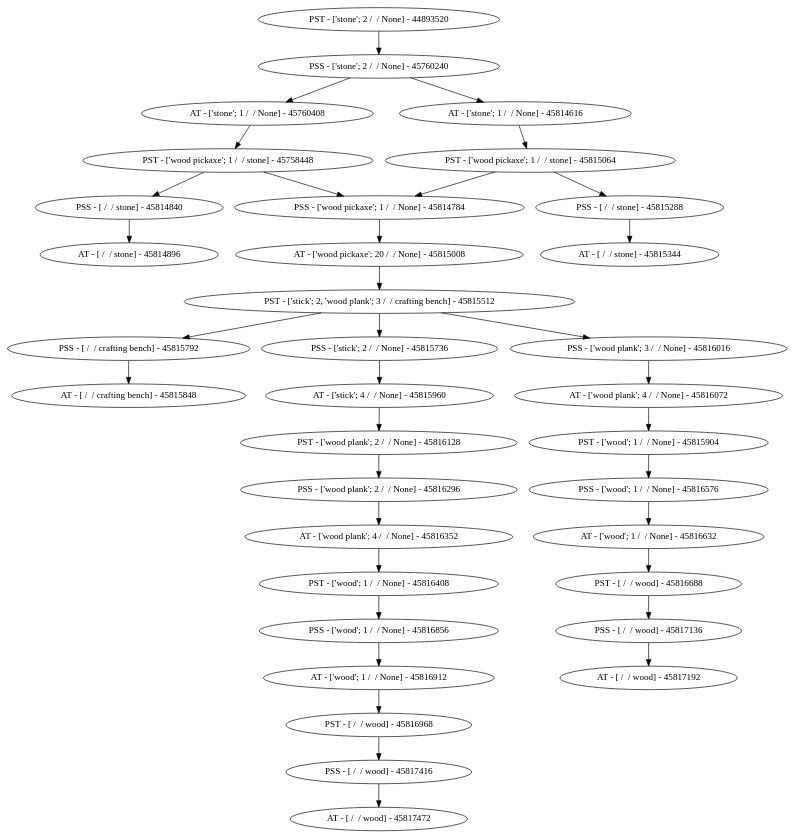
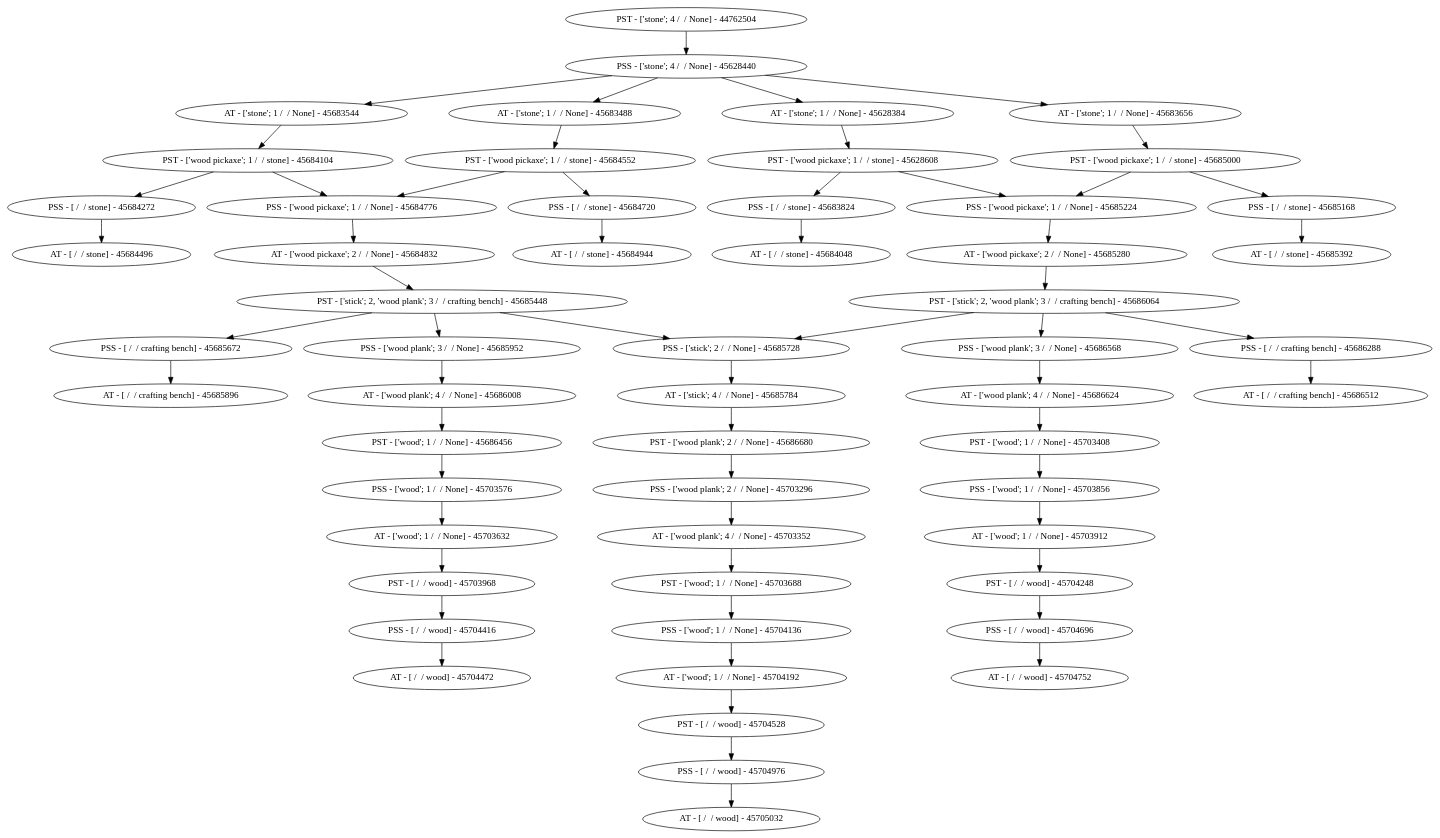
Before and after one commit to koleberd/goaldependency: the diagram in trees/test_tree.gv, drawn with Graphviz. The commit also changed 3 other files, not shown here.

```diff
--- a/trees/test_tree.gv
+++ b/trees/test_tree.gv
@@ -1,36 +1,59 @@
 digraph Tree {
-	"PST - ['stone'; 2 /  / None] - 44893520" -> "PSS - ['stone'; 2 /  / None] - 45760240"
-	"PSS - ['stone'; 2 /  / None] - 45760240" -> "AT - ['stone'; 1 /  / None] - 45760408"
-	"PSS - ['stone'; 2 /  / None] - 45760240" -> "AT - ['stone'; 1 /  / None] - 45814616"
-	"AT - ['stone'; 1 /  / None] - 45760408" -> "PST - ['wood pickaxe'; 1 /  / stone] - 45758448"
-	"AT - ['stone'; 1 /  / None] - 45814616" -> "PST - ['wood pickaxe'; 1 /  / stone] - 45815064"
-	"PST - ['wood pickaxe'; 1 /  / stone] - 45758448" -> "PSS - [ /  / stone] - 45814840"
-	"PST - ['wood pickaxe'; 1 /  / stone] - 45758448" -> "PSS - ['wood pickaxe'; 1 /  / None] - 45814784"
-	"PST - ['wood pickaxe'; 1 /  / stone] - 45815064" -> "PSS - [ /  / stone] - 45815288"
-	"PST - ['wood pickaxe'; 1 /  / stone] - 45815064" -> "PSS - ['wood pickaxe'; 1 /  / None] - 45814784"
-	"PSS - [ /  / stone] - 45814840" -> "AT - [ /  / stone] - 45814896"
-	"PSS - ['wood pickaxe'; 1 /  / None] - 45814784" -> "AT - ['wood pickaxe'; 20 /  / None] - 45815008"
-	"PSS - [ /  / stone] - 45815288" -> "AT - [ /  / stone] - 45815344"
-	"AT - ['wood pickaxe'; 20 /  / None] - 45815008" -> "PST - ['stick'; 2, 'wood plank'; 3 /  / crafting bench] - 45815512"
-	"PST - ['stick'; 2, 'wood plank'; 3 /  / crafting bench] - 45815512" -> "PSS - [ /  / crafting bench] - 45815792"
-	"PST - ['stick'; 2, 'wood plank'; 3 /  / crafting bench] - 45815512" -> "PSS - ['stick'; 2 /  / None] - 45815736"
-	"PST - ['stick'; 2, 'wood plank'; 3 /  / crafting bench] - 45815512" -> "PSS - ['wood plank'; 3 /  / None] - 45816016"
-	"PSS - [ /  / crafting bench] - 45815792" -> "AT - [ /  / crafting bench] - 45815848"
-	"PSS - ['stick'; 2 /  / None] - 45815736" -> "AT - ['stick'; 4 /  / None] - 45815960"
-	"PSS - ['wood plank'; 3 /  / None] - 45816016" -> "AT - ['wood plank'; 4 /  / None] - 45816072"
-	"AT - ['stick'; 4 /  / None] - 45815960" -> "PST - ['wood plank'; 2 /  / None] - 45816128"
-	"AT - ['wood plank'; 4 /  / None] - 45816072" -> "PST - ['wood'; 1 /  / None] - 45815904"
-	"PST - ['wood plank'; 2 /  / None] - 45816128" -> "PSS - ['wood plank'; 2 /  / None] - 45816296"
-	"PST - ['wood'; 1 /  / None] - 45815904" -> "PSS - ['wood'; 1 /  / None] - 45816576"
-	"PSS - ['wood plank'; 2 /  / None] - 45816296" -> "AT - ['wood plank'; 4 /  / None] - 45816352"
-	"PSS - ['wood'; 1 /  / None] - 45816576" -> "AT - ['wood'; 1 /  / None] - 45816632"
-	"AT - ['wood plank'; 4 /  / None] - 45816352" -> "PST - ['wood'; 1 /  / None] - 45816408"
-	"AT - ['wood'; 1 /  / None] - 45816632" -> "PST - [ /  / wood] - 45816688"
-	"PST - ['wood'; 1 /  / None] - 45816408" -> "PSS - ['wood'; 1 /  / None] - 45816856"
-	"PST - [ /  / wood] - 45816688" -> "PSS - [ /  / wood] - 45817136"
-	"PSS - ['wood'; 1 /  / None] - 45816856" -> "AT - ['wood'; 1 /  / None] - 45816912"
-	"PSS - [ /  / wood] - 45817136" -> "AT - [ /  / wood] - 45817192"
-	"AT - ['wood'; 1 /  / None] - 45816912" -> "PST - [ /  / wood] - 45816968"
-	"PST - [ /  / wood] - 45816968" -> "PSS - [ /  / wood] - 45817416"
-	"PSS - [ /  / wood] - 45817416" -> "AT - [ /  / wood] - 45817472"
+	"PST - ['stone'; 4 /  / None] - 44762504" -> "PSS - ['stone'; 4 /  / None] - 45628440"
+	"PSS - ['stone'; 4 /  / None] - 45628440" -> "AT - ['stone'; 1 /  / None] - 45628384"
+	"PSS - ['stone'; 4 /  / None] - 45628440" -> "AT - ['stone'; 1 /  / None] - 45683544"
+	"PSS - ['stone'; 4 /  / None] - 45628440" -> "AT - ['stone'; 1 /  / None] - 45683488"
+	"PSS - ['stone'; 4 /  / None] - 45628440" -> "AT - ['stone'; 1 /  / None] - 45683656"
+	"AT - ['stone'; 1 /  / None] - 45628384" -> "PST - ['wood pickaxe'; 1 /  / stone] - 45628608"
+	"AT - ['stone'; 1 /  / None] - 45683544" -> "PST - ['wood pickaxe'; 1 /  / stone] - 45684104"
+	"AT - ['stone'; 1 /  / None] - 45683488" -> "PST - ['wood pickaxe'; 1 /  / stone] - 45684552"
+	"AT - ['stone'; 1 /  / None] - 45683656" -> "PST - ['wood pickaxe'; 1 /  / stone] - 45685000"
+	"PST - ['wood pickaxe'; 1 /  / stone] - 45628608" -> "PSS - ['wood pickaxe'; 1 /  / None] - 45685224"
+	"PST - ['wood pickaxe'; 1 /  / stone] - 45628608" -> "PSS - [ /  / stone] - 45683824"
+	"PST - ['wood pickaxe'; 1 /  / stone] - 45684104" -> "PSS - ['wood pickaxe'; 1 /  / None] - 45684776"
+	"PST - ['wood pickaxe'; 1 /  / stone] - 45684104" -> "PSS - [ /  / stone] - 45684272"
+	"PST - ['wood pickaxe'; 1 /  / stone] - 45684552" -> "PSS - ['wood pickaxe'; 1 /  / None] - 45684776"
+	"PST - ['wood pickaxe'; 1 /  / stone] - 45684552" -> "PSS - [ /  / stone] - 45684720"
+	"PST - ['wood pickaxe'; 1 /  / stone] - 45685000" -> "PSS - ['wood pickaxe'; 1 /  / None] - 45685224"
+	"PST - ['wood pickaxe'; 1 /  / stone] - 45685000" -> "PSS - [ /  / stone] - 45685168"
+	"PSS - [ /  / stone] - 45683824" -> "AT - [ /  / stone] - 45684048"
+	"PSS - [ /  / stone] - 45684272" -> "AT - [ /  / stone] - 45684496"
+	"PSS - ['wood pickaxe'; 1 /  / None] - 45684776" -> "AT - ['wood pickaxe'; 2 /  / None] - 45684832"
+	"PSS - [ /  / stone] - 45684720" -> "AT - [ /  / stone] - 45684944"
+	"PSS - ['wood pickaxe'; 1 /  / None] - 45685224" -> "AT - ['wood pickaxe'; 2 /  / None] - 45685280"
+	"PSS - [ /  / stone] - 45685168" -> "AT - [ /  / stone] - 45685392"
+	"AT - ['wood pickaxe'; 2 /  / None] - 45684832" -> "PST - ['stick'; 2, 'wood plank'; 3 /  / crafting bench] - 45685448"
+	"AT - ['wood pickaxe'; 2 /  / None] - 45685280" -> "PST - ['stick'; 2, 'wood plank'; 3 /  / crafting bench] - 45686064"
+	"PST - ['stick'; 2, 'wood plank'; 3 /  / crafting bench] - 45685448" -> "PSS - ['stick'; 2 /  / None] - 45685728"
+	"PST - ['stick'; 2, 'wood plank'; 3 /  / crafting bench] - 45685448" -> "PSS - [ /  / crafting bench] - 45685672"
+	"PST - ['stick'; 2, 'wood plank'; 3 /  / crafting bench] - 45685448" -> "PSS - ['wood plank'; 3 /  / None] - 45685952"
+	"PST - ['stick'; 2, 'wood plank'; 3 /  / crafting bench] - 45686064" -> "PSS - ['stick'; 2 /  / None] - 45685728"
+	"PST - ['stick'; 2, 'wood plank'; 3 /  / crafting bench] - 45686064" -> "PSS - [ /  / crafting bench] - 45686288"
+	"PST - ['stick'; 2, 'wood plank'; 3 /  / crafting bench] - 45686064" -> "PSS - ['wood plank'; 3 /  / None] - 45686568"
+	"PSS - ['stick'; 2 /  / None] - 45685728" -> "AT - ['stick'; 4 /  / None] - 45685784"
+	"PSS - [ /  / crafting bench] - 45685672" -> "AT - [ /  / crafting bench] - 45685896"
+	"PSS - ['wood plank'; 3 /  / None] - 45685952" -> "AT - ['wood plank'; 4 /  / None] - 45686008"
+	"PSS - [ /  / crafting bench] - 45686288" -> "AT - [ /  / crafting bench] - 45686512"
+	"PSS - ['wood plank'; 3 /  / None] - 45686568" -> "AT - ['wood plank'; 4 /  / None] - 45686624"
+	"AT - ['stick'; 4 /  / None] - 45685784" -> "PST - ['wood plank'; 2 /  / None] - 45686680"
+	"AT - ['wood plank'; 4 /  / None] - 45686008" -> "PST - ['wood'; 1 /  / None] - 45686456"
+	"AT - ['wood plank'; 4 /  / None] - 45686624" -> "PST - ['wood'; 1 /  / None] - 45703408"
+	"PST - ['wood plank'; 2 /  / None] - 45686680" -> "PSS - ['wood plank'; 2 /  / None] - 45703296"
+	"PST - ['wood'; 1 /  / None] - 45686456" -> "PSS - ['wood'; 1 /  / None] - 45703576"
+	"PST - ['wood'; 1 /  / None] - 45703408" -> "PSS - ['wood'; 1 /  / None] - 45703856"
+	"PSS - ['wood plank'; 2 /  / None] - 45703296" -> "AT - ['wood plank'; 4 /  / None] - 45703352"
+	"PSS - ['wood'; 1 /  / None] - 45703576" -> "AT - ['wood'; 1 /  / None] - 45703632"
+	"PSS - ['wood'; 1 /  / None] - 45703856" -> "AT - ['wood'; 1 /  / None] - 45703912"
+	"AT - ['wood plank'; 4 /  / None] - 45703352" -> "PST - ['wood'; 1 /  / None] - 45703688"
+	"AT - ['wood'; 1 /  / None] - 45703632" -> "PST - [ /  / wood] - 45703968"
+	"AT - ['wood'; 1 /  / None] - 45703912" -> "PST - [ /  / wood] - 45704248"
+	"PST - ['wood'; 1 /  / None] - 45703688" -> "PSS - ['wood'; 1 /  / None] - 45704136"
+	"PST - [ /  / wood] - 45703968" -> "PSS - [ /  / wood] - 45704416"
+	"PST - [ /  / wood] - 45704248" -> "PSS - [ /  / wood] - 45704696"
+	"PSS - ['wood'; 1 /  / None] - 45704136" -> "AT - ['wood'; 1 /  / None] - 45704192"
+	"PSS - [ /  / wood] - 45704416" -> "AT - [ /  / wood] - 45704472"
+	"PSS - [ /  / wood] - 45704696" -> "AT - [ /  / wood] - 45704752"
+	"AT - ['wood'; 1 /  / None] - 45704192" -> "PST - [ /  / wood] - 45704528"
+	"PST - [ /  / wood] - 45704528" -> "PSS - [ /  / wood] - 45704976"
+	"PSS - [ /  / wood] - 45704976" -> "AT - [ /  / wood] - 45705032"
 }
```
